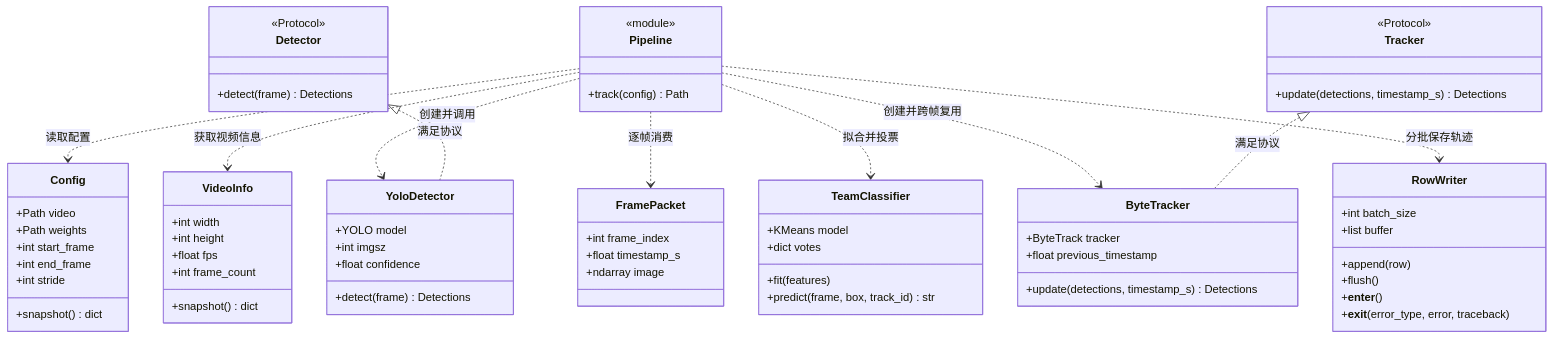
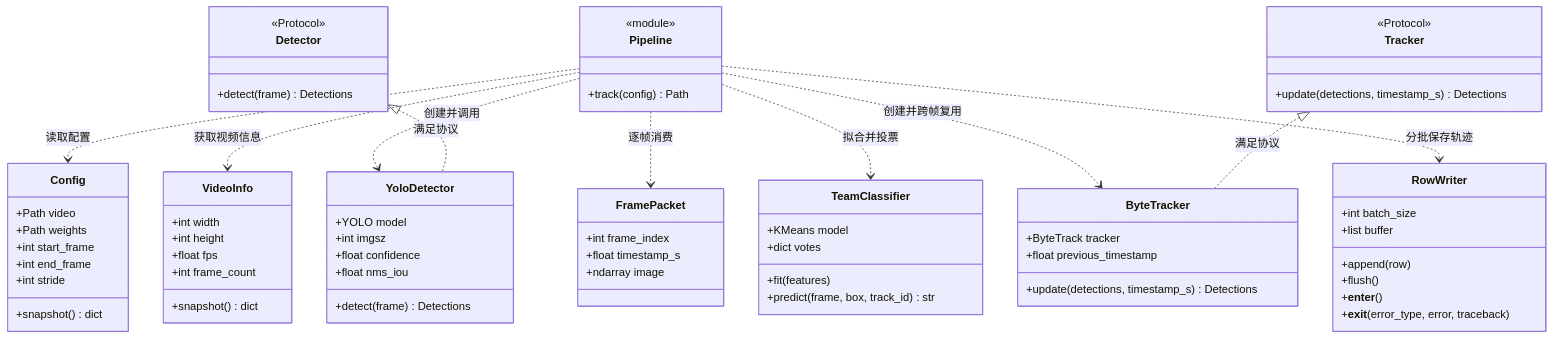
Before and after one commit to JXC-jin/Footballer-Analyzer: the fourth of 5 diagrams in docs/07-架构设计与最小闭环.md, drawn with Mermaid. The commit also changed other lines of this file and 6 other files, not shown here.

````diff
--- a/docs/07-架构设计与最小闭环.md
+++ b/docs/07-架构设计与最小闭环.md
@@ -118,71 +121,72 @@
 ```mermaid
 classDiagram
     direction TB
     class Pipeline {
         <<module>>
         +track(config) Path
     }
     class Config {
         +Path video
         +Path weights
         +int start_frame
         +int end_frame
         +int stride
         +snapshot() dict
     }
     class VideoInfo {
         +int width
         +int height
         +float fps
         +int frame_count
         +snapshot() dict
     }
     class FramePacket {
         +int frame_index
         +float timestamp_s
         +ndarray image
     }
     class Detector {
         <<Protocol>>
         +detect(frame) Detections
     }
     class YoloDetector {
         +YOLO model
         +int imgsz
         +float confidence
+        +float nms_iou
         +detect(frame) Detections
     }
     class Tracker {
         <<Protocol>>
         +update(detections, timestamp_s) Detections
     }
     class ByteTracker {
         +ByteTrack tracker
         +float previous_timestamp
         +update(detections, timestamp_s) Detections
     }
     class TeamClassifier {
         +KMeans model
         +dict votes
         +fit(features)
         +predict(frame, box, track_id) str
     }
     class RowWriter {
         +int batch_size
         +list buffer
         +append(row)
         +flush()
         +__enter__()
         +__exit__(error_type, error, traceback)
     }
 
     Detector <|.. YoloDetector : 满足协议
     Tracker <|.. ByteTracker : 满足协议
     Pipeline ..> Config : 读取配置
     Pipeline ..> VideoInfo : 获取视频信息
     Pipeline ..> FramePacket : 逐帧消费
     Pipeline ..> YoloDetector : 创建并调用
     Pipeline ..> ByteTracker : 创建并跨帧复用
     Pipeline ..> TeamClassifier : 拟合并投票
     Pipeline ..> RowWriter : 分批保存轨迹
 ```
````
